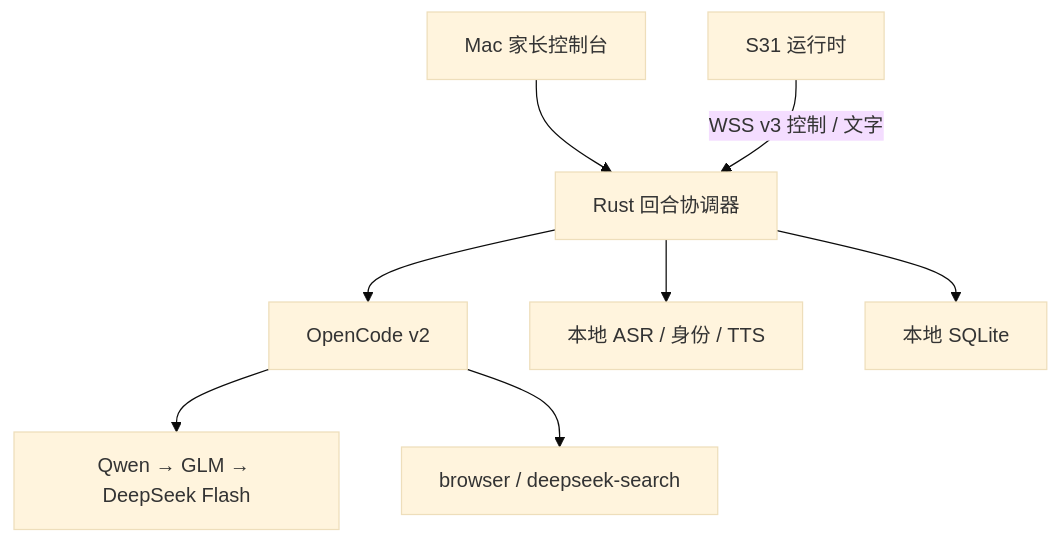
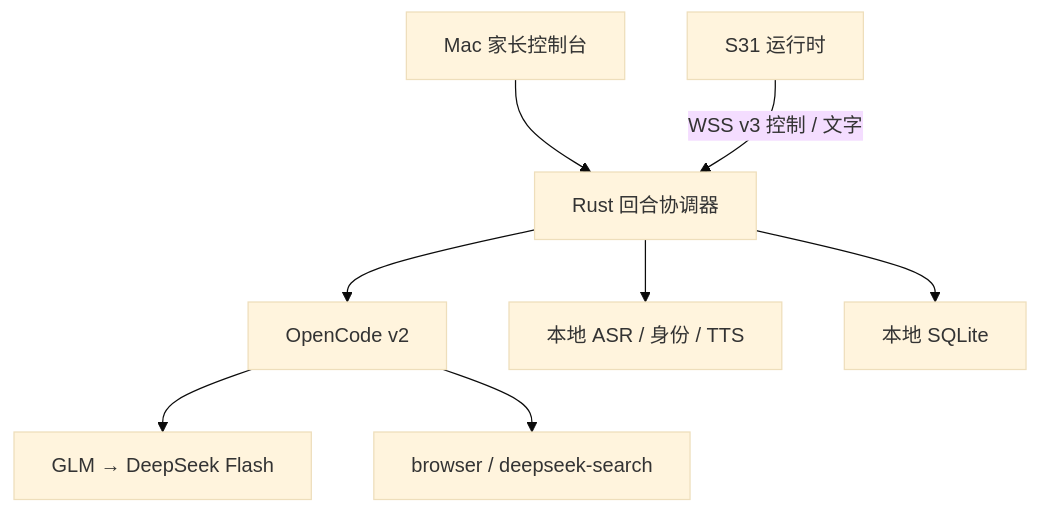
One commit to JasonGuoo/esp-bot changed the diagram in docs/mac-bot-server.md. Above: the diagram before and after it, drawn with Mermaid (base theme). The commit also changed other lines of this file and 14 other files, not shown here.

Commit message:
chore: prefer GLM then DeepSeek for bot replies [skip ci]

````diff
--- a/docs/mac-bot-server.md
+++ b/docs/mac-bot-server.md
@@ -30,10 +32,10 @@
 ```mermaid
 flowchart TB
   Console["Mac 家长控制台"] --> Brain["Rust 回合协调器"]
   Device["S31 运行时"] -->|"WSS v3 控制 / 文字"| Brain
   Brain --> Harness["OpenCode v2"]
   Brain --> Local["本地 ASR / 身份 / TTS"]
   Brain --> Memory["本地 SQLite"]
-  Harness --> Routes["Qwen → GLM → DeepSeek Flash"]
+  Harness --> Routes["GLM → DeepSeek Flash"]
   Harness --> Tools["browser / deepseek-search"]
 ```
````
